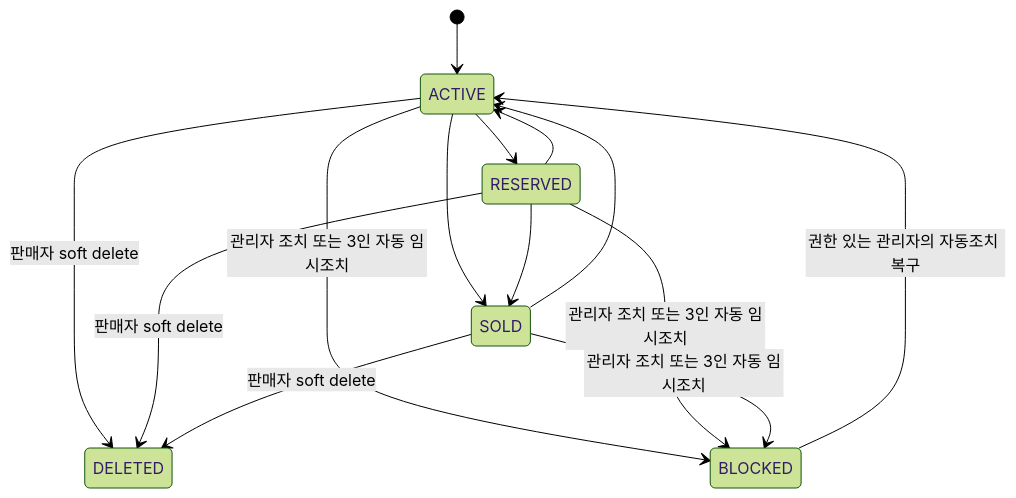
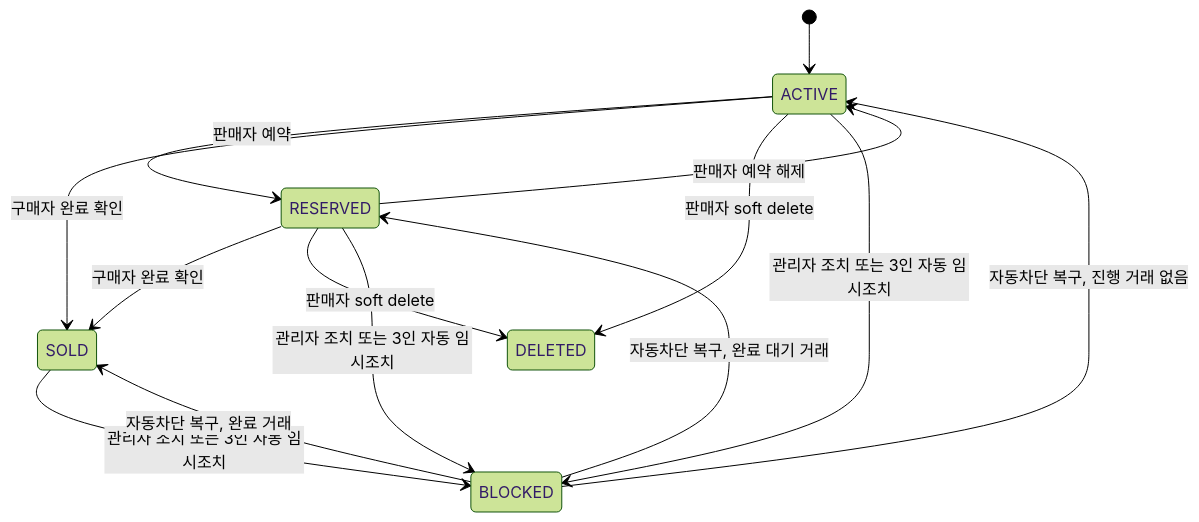
The third of 3 diagrams in docs/09_REPORT_DRAFT.md (harute7660/tiny-secondhand-shopping-platform), drawn with Mermaid (forest theme) before and after one commit. The commit also changed other lines of this file and 29 other files, not shown here.

Commit message:
feat: polish secure warm marketplace flows

````diff
--- a/docs/09_REPORT_DRAFT.md
+++ b/docs/09_REPORT_DRAFT.md
@@ -278,16 +283,16 @@
 ```mermaid
 stateDiagram-v2
     [*] --> ACTIVE
-    ACTIVE --> RESERVED
-    ACTIVE --> SOLD
-    RESERVED --> ACTIVE
-    RESERVED --> SOLD
-    SOLD --> ACTIVE
+    ACTIVE --> RESERVED: 판매자 예약
+    RESERVED --> ACTIVE: 판매자 예약 해제
+    ACTIVE --> SOLD: 구매자 완료 확인
+    RESERVED --> SOLD: 구매자 완료 확인
     ACTIVE --> DELETED: 판매자 soft delete
     RESERVED --> DELETED: 판매자 soft delete
-    SOLD --> DELETED: 판매자 soft delete
     ACTIVE --> BLOCKED: 관리자 조치 또는 3인 자동 임시조치
     RESERVED --> BLOCKED: 관리자 조치 또는 3인 자동 임시조치
     SOLD --> BLOCKED: 관리자 조치 또는 3인 자동 임시조치
-    BLOCKED --> ACTIVE: 권한 있는 관리자의 자동조치 복구
+    BLOCKED --> ACTIVE: 자동차단 복구, 진행 거래 없음
+    BLOCKED --> RESERVED: 자동차단 복구, 완료 대기 거래
+    BLOCKED --> SOLD: 자동차단 복구, 완료 거래
 ```
````
